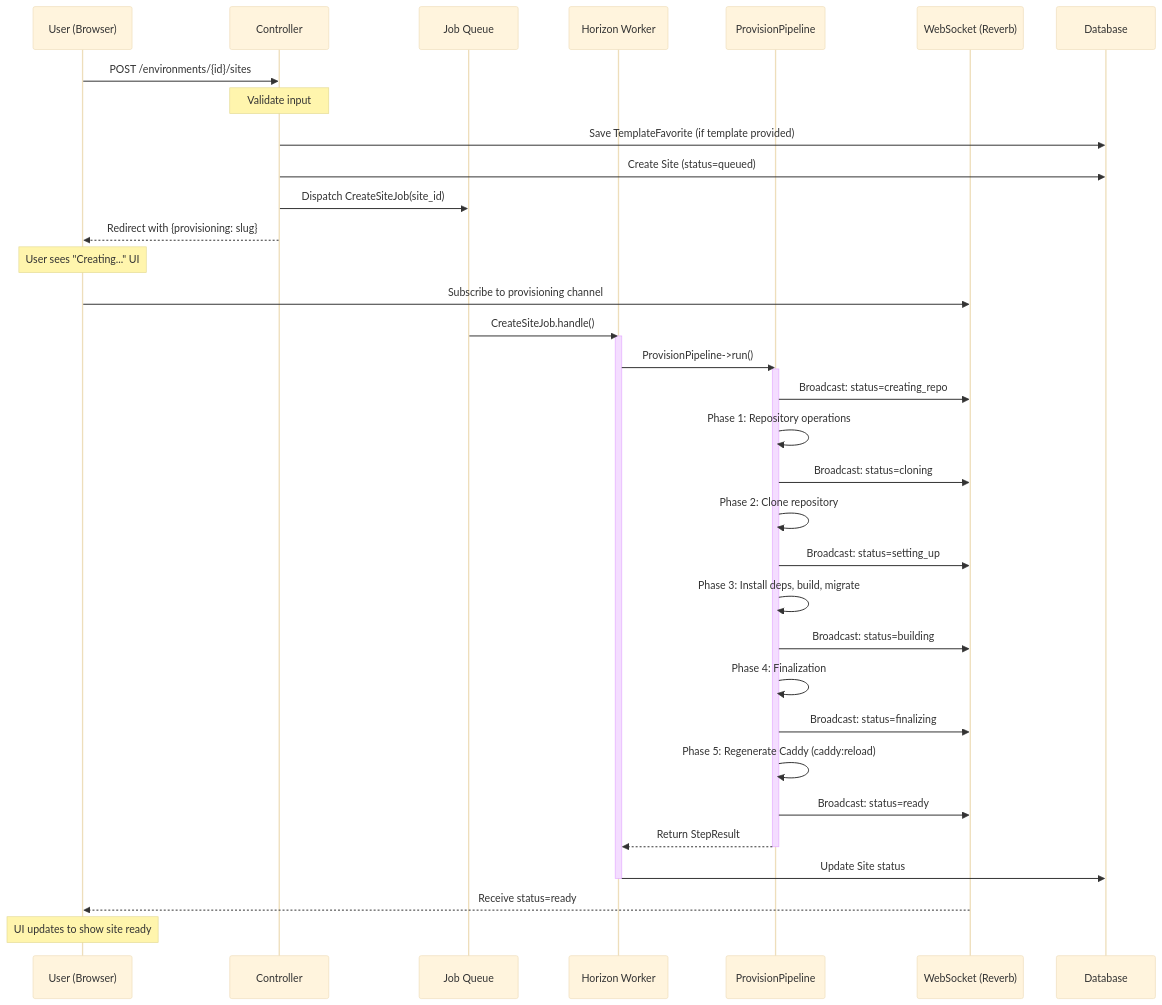
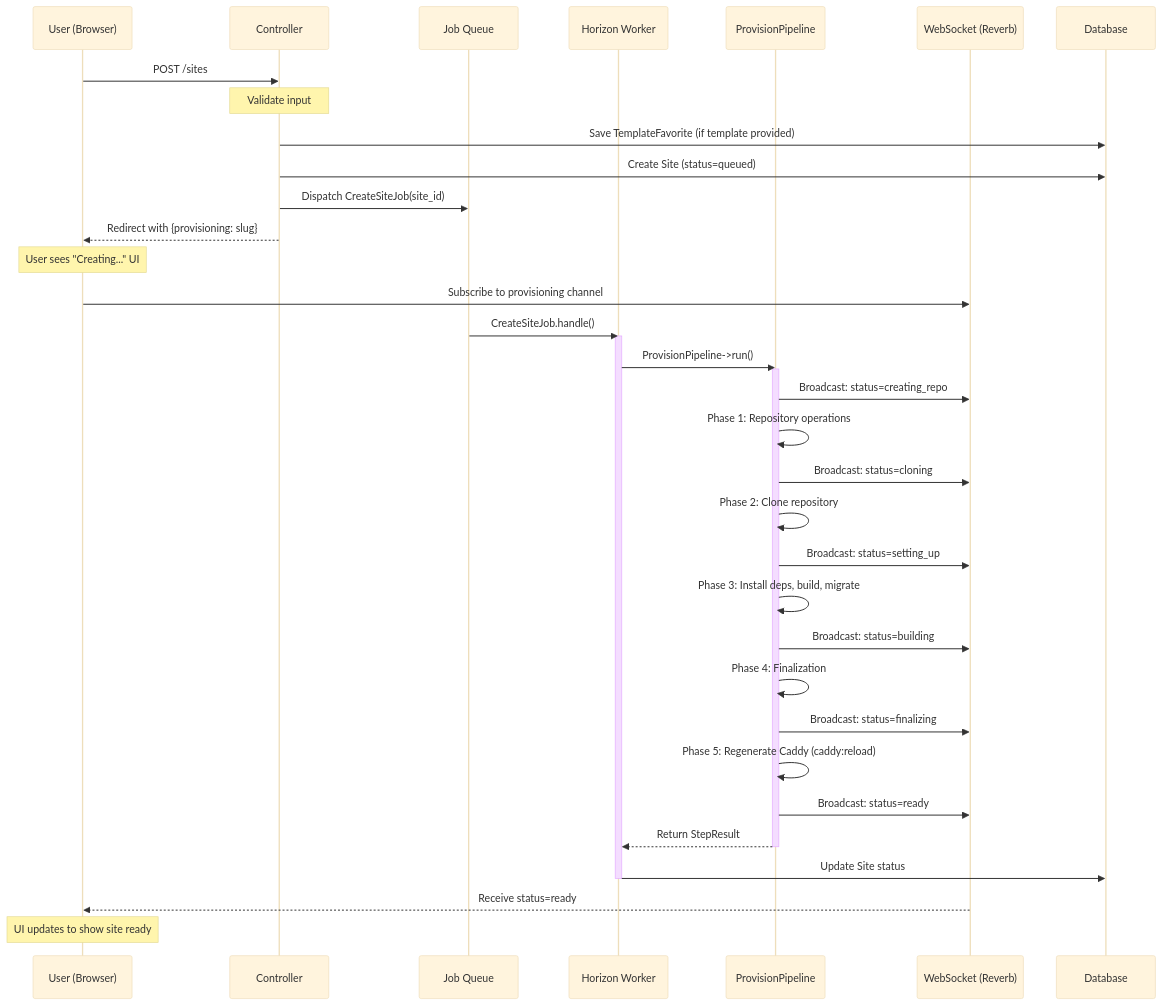
One commit to hardimpactdev/orbit-core changed the first of 3 diagrams in docs/flows/site-creation.md. Above: the diagram before and after it, drawn with Mermaid (base theme). The commit also changed other lines of this file and 71 other files, not shown here.

````diff
--- a/docs/flows/site-creation.md
+++ b/docs/flows/site-creation.md
@@ -32,48 +32,48 @@
 ```mermaid
 sequenceDiagram
     participant U as User (Browser)
     participant C as Controller
     participant Q as Job Queue
     participant H as Horizon Worker
     participant PP as ProvisionPipeline
     participant WS as WebSocket (Reverb)
     participant DB as Database
 
-    U->>C: POST /environments/{id}/sites
+    U->>C: POST /sites
     Note over C: Validate input
 
     C->>DB: Save TemplateFavorite (if template provided)
     C->>DB: Create Site (status=queued)
     C->>Q: Dispatch CreateSiteJob(site_id)
     C-->>U: Redirect with {provisioning: slug}
 
     Note over U: User sees "Creating..." UI
     U->>WS: Subscribe to provisioning channel
 
     Q->>H: CreateSiteJob.handle()
     activate H
 
     H->>PP: ProvisionPipeline->run()
     activate PP
 
     PP->>WS: Broadcast: status=creating_repo
     PP->>PP: Phase 1: Repository operations
     PP->>WS: Broadcast: status=cloning
     PP->>PP: Phase 2: Clone repository
     PP->>WS: Broadcast: status=setting_up
     PP->>PP: Phase 3: Install deps, build, migrate
     PP->>WS: Broadcast: status=building
     PP->>PP: Phase 4: Finalization
     PP->>WS: Broadcast: status=finalizing
     PP->>PP: Phase 5: Regenerate Caddy (caddy:reload)
     PP->>WS: Broadcast: status=ready
 
     PP-->>H: Return StepResult
     deactivate PP
 
     H->>DB: Update Site status
     deactivate H
 
     WS-->>U: Receive status=ready
     Note over U: UI updates to show site ready
 ```
````
